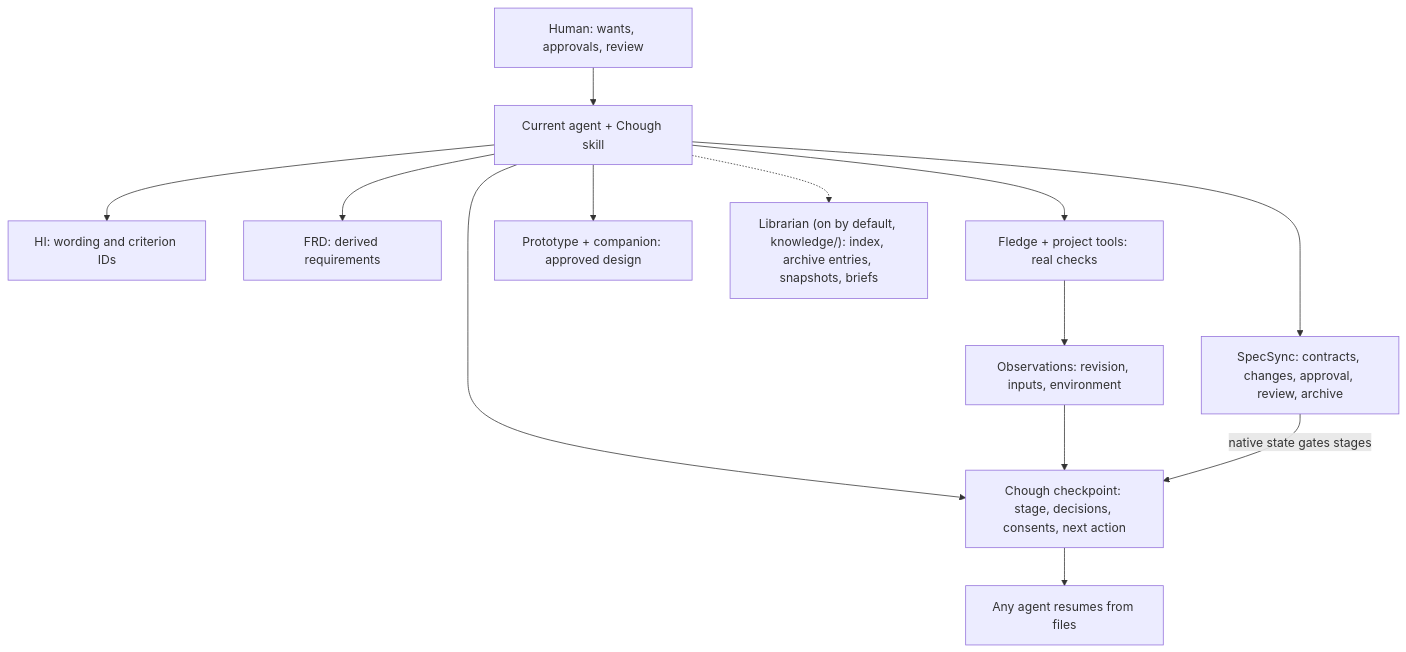
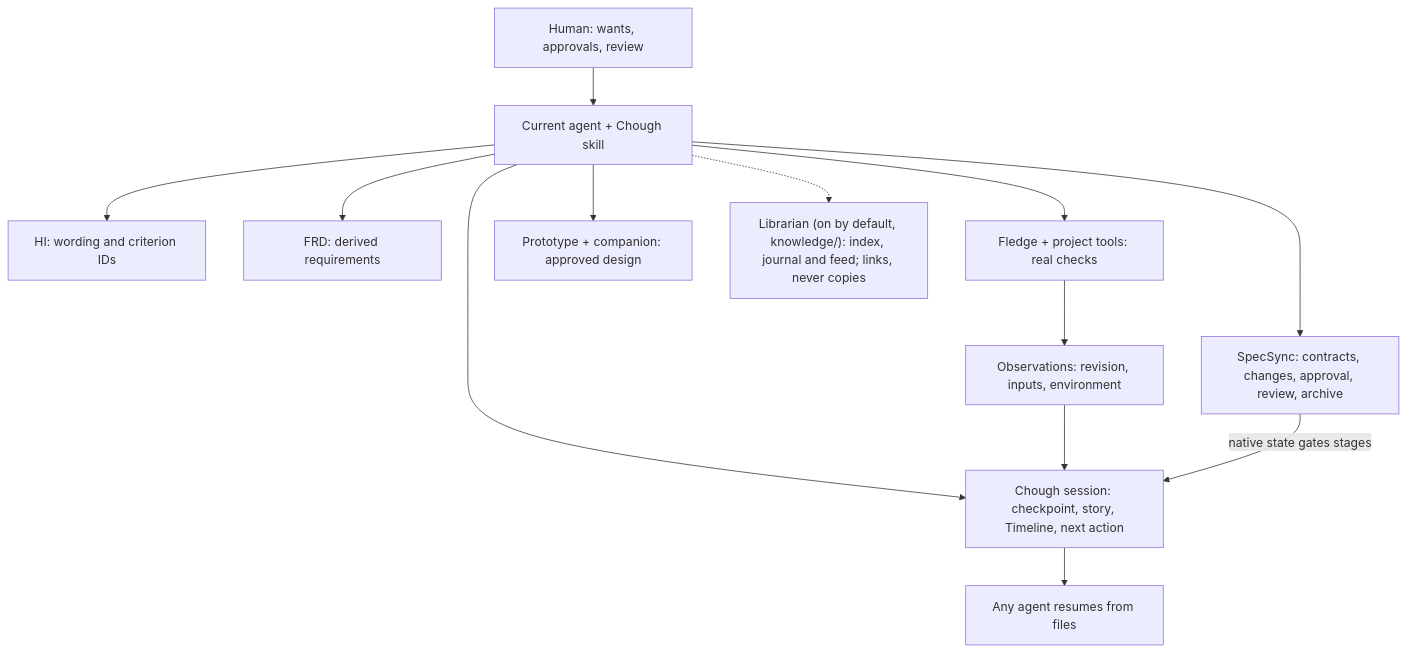
One commit to CorvidLabs/chough changed the diagram in docs/diagrams/ownership.mmd. Above: the diagram before and after it, drawn with Mermaid. The commit also changed 10 other files, not shown here.

First line of the commit message:
Update: architecture, FRD, lifecycle, walkthrough, decisions, integrations and the test plan for 0.6.0

```diff
--- a/docs/diagrams/ownership.mmd
+++ b/docs/diagrams/ownership.mmd
@@ -1,13 +1,13 @@
 flowchart TB
     human["Human: wants, approvals, review"] --> agent["Current agent + Chough skill"]
     agent --> hi["HI: wording and criterion IDs"]
     agent --> frd["FRD: derived requirements"]
     agent --> spec["SpecSync: contracts, changes, approval, review, archive"]
     agent --> fledge["Fledge + project tools: real checks"]
     agent --> proto["Prototype + companion: approved design"]
-    agent --> chough["Chough checkpoint: stage, decisions, consents, next action"]
-    agent -.-> library["Librarian (on by default, knowledge/): index, archive entries, snapshots, briefs"]
+    agent --> chough["Chough session: checkpoint, story, Timeline, next action"]
+    agent -.-> library["Librarian (on by default, knowledge/): index, journal and feed; links, never copies"]
     fledge --> evidence["Observations: revision, inputs, environment"]
     evidence --> chough
     spec -->|"native state gates stages"| chough
     chough --> resume["Any agent resumes from files"]
```
